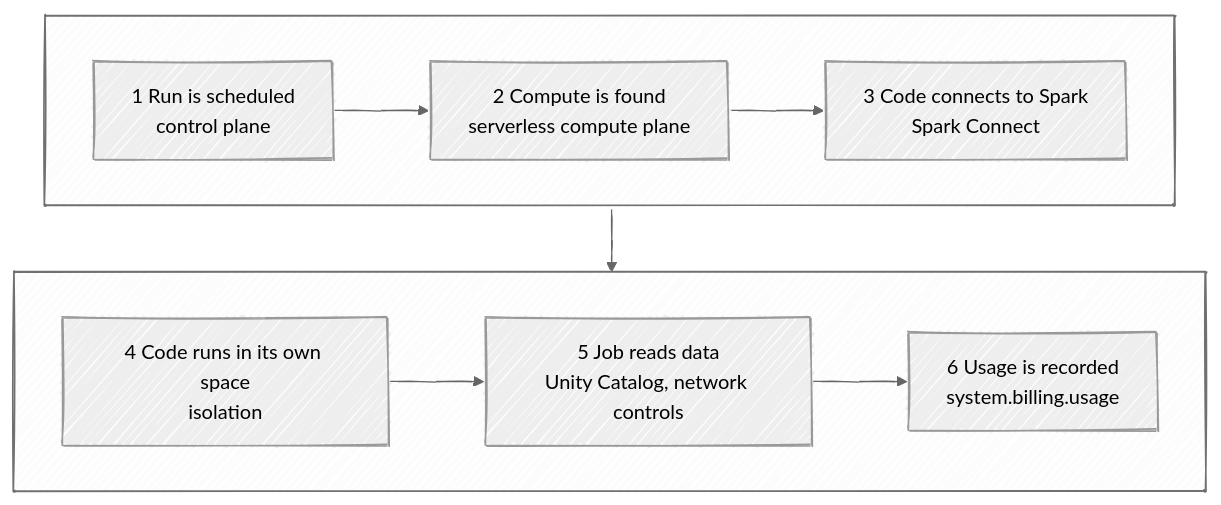
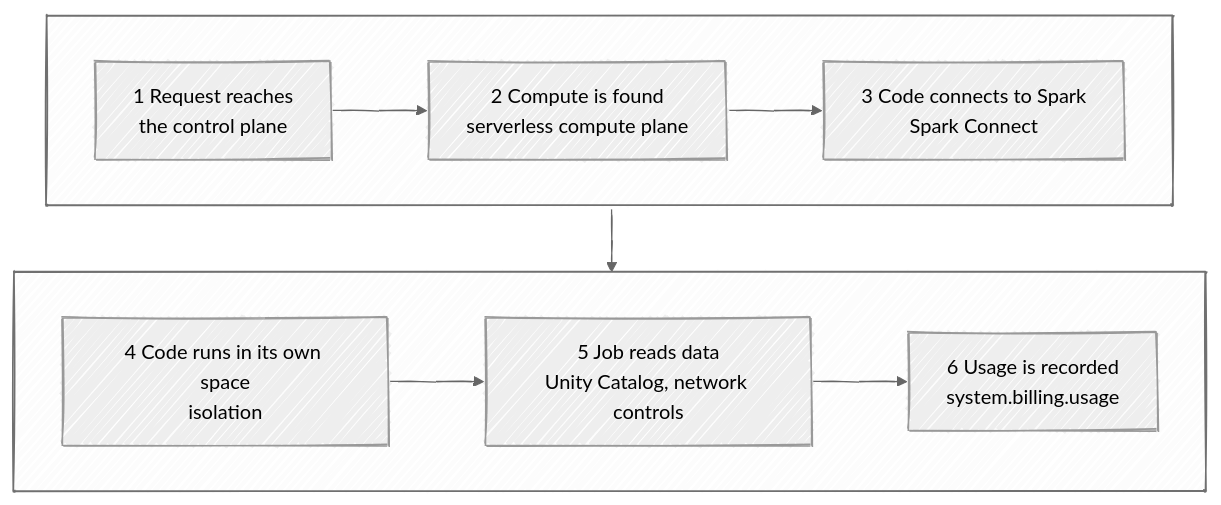
The diagram in databricks/serverless-cost/diagrams/run-steps.mmd (ven-nbondala-tf/databricks-release-lab), drawn with Mermaid before and after one commit. The commit also changed 6 other files, not shown here.

```diff
--- a/databricks/serverless-cost/diagrams/run-steps.mmd
+++ b/databricks/serverless-cost/diagrams/run-steps.mmd
@@ -1,15 +1,15 @@
 ---
 config:
   look: handDrawn
   theme: neutral
 ---
 flowchart TB
     subgraph A[" "]
         direction LR
-        S1["1 Run is scheduled<br/>control plane"] --> S2["2 Compute is found<br/>serverless compute plane"] --> S3["3 Code connects to Spark<br/>Spark Connect"]
+        S1["1 Request reaches<br/>the control plane"] --> S2["2 Compute is found<br/>serverless compute plane"] --> S3["3 Code connects to Spark<br/>Spark Connect"]
     end
     subgraph B[" "]
         direction LR
         S4["4 Code runs in its own space<br/>isolation"] --> S5["5 Job reads data<br/>Unity Catalog, network controls"] --> S6["6 Usage is recorded<br/>system.billing.usage"]
     end
     A --> B
```
